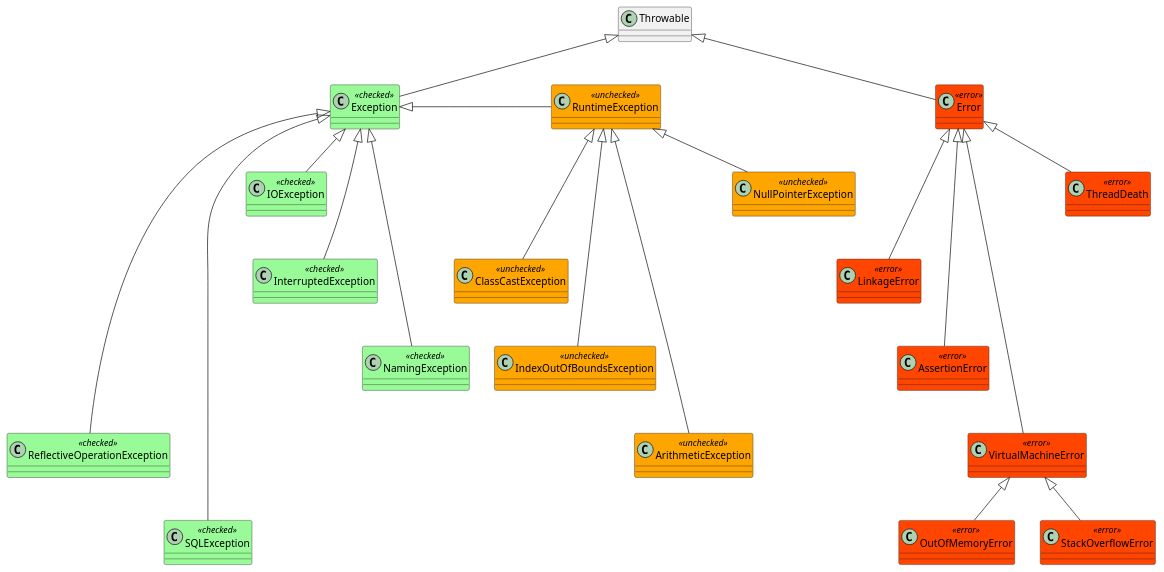
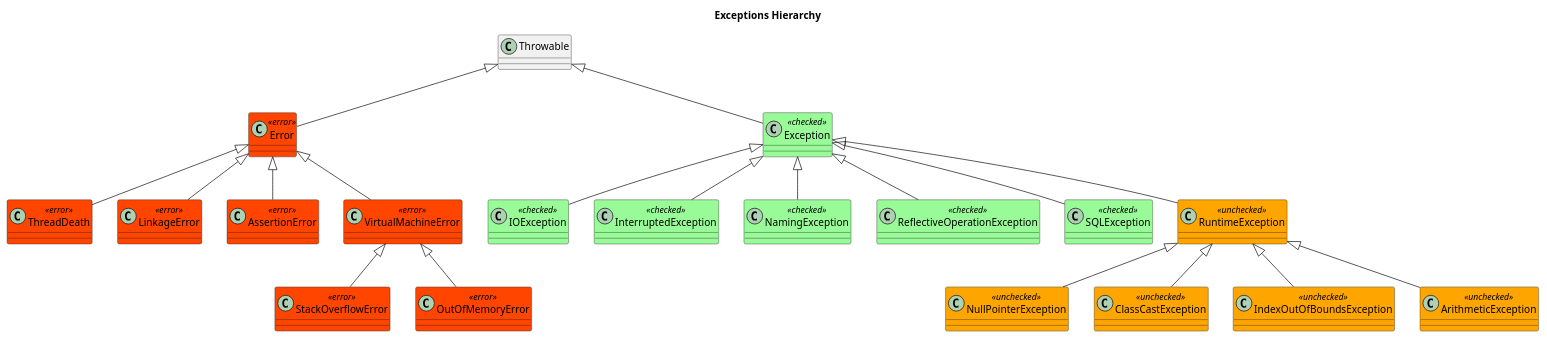
The diagram in uml/Exceptions.puml (FedorIzvekov/uml), drawn with PlantUML before and after one commit.

Commit message:
ref uml java core Exceptions hierarchy

```diff
--- a/uml/Exceptions.puml
+++ b/uml/Exceptions.puml
@@ -1,54 +1,34 @@
 @startuml
+
+title Exceptions Hierarchy
 
 skinparam class {
 BackgroundColor<<error>> orangered
 BackgroundColor<<unchecked>> orange
 BackgroundColor<<checked>> palegreen
 }
 
 class Throwable
 
-class Error << error >>
-class ThreadDeath << error >>
-class LinkageError << error >>
-class AssertionError << error >>
-class VirtualMachineError << error >>
-class StackOverflowError << error >>
-class OutOfMemoryError << error >>
+class Error << error >> extends Throwable
+class ThreadDeath << error >> extends Error
+class LinkageError << error >> extends Error
+class AssertionError << error >> extends Error
+class VirtualMachineError << error >> extends Error
+class StackOverflowError << error >> extends VirtualMachineError
+class OutOfMemoryError << error >> extends VirtualMachineError
 
-class Exception<<checked>>
-class IOException<<checked>>
-class InterruptedException<<checked>>
-class NamingException<<checked>>
-class ReflectiveOperationException<<checked>>
-class SQLException<<checked>>
+class Exception<<checked>> extends Throwable
+class IOException<<checked>>  extends Exception
+class InterruptedException<<checked>> extends Exception
+class NamingException<<checked>> extends Exception
+class ReflectiveOperationException<<checked>> extends Exception
+class SQLException<<checked>> extends Exception
 
-class RuntimeException<<unchecked>>
-class NullPointerException<<unchecked>>
-class ClassCastException<<unchecked>>
-class IndexOutOfBoundsException<<unchecked>>
-class ArithmeticException<<unchecked>>
-
-Throwable <|--down Error
-Throwable <|--down Exception
-
-Error <|--down ThreadDeath
-Error <|---down LinkageError
-Error <|----down AssertionError
-Error <|-----down VirtualMachineError
-VirtualMachineError <|--down StackOverflowError
-VirtualMachineError <|--down OutOfMemoryError
-
-Exception <|--right RuntimeException
-Exception <|--down IOException
-Exception <|---down InterruptedException
-Exception <|----down NamingException
-Exception <|-----down ReflectiveOperationException
-Exception <|------down SQLException
-
-RuntimeException <|--down NullPointerException
-RuntimeException <|---down ClassCastException
-RuntimeException <|----down IndexOutOfBoundsException
-RuntimeException <|-----down ArithmeticException
+class RuntimeException<<unchecked>> extends Exception
+class NullPointerException<<unchecked>> extends RuntimeException
+class ClassCastException<<unchecked>> extends RuntimeException
+class IndexOutOfBoundsException<<unchecked>> extends RuntimeException
+class ArithmeticException<<unchecked>> extends RuntimeException
 
 @enduml
```
